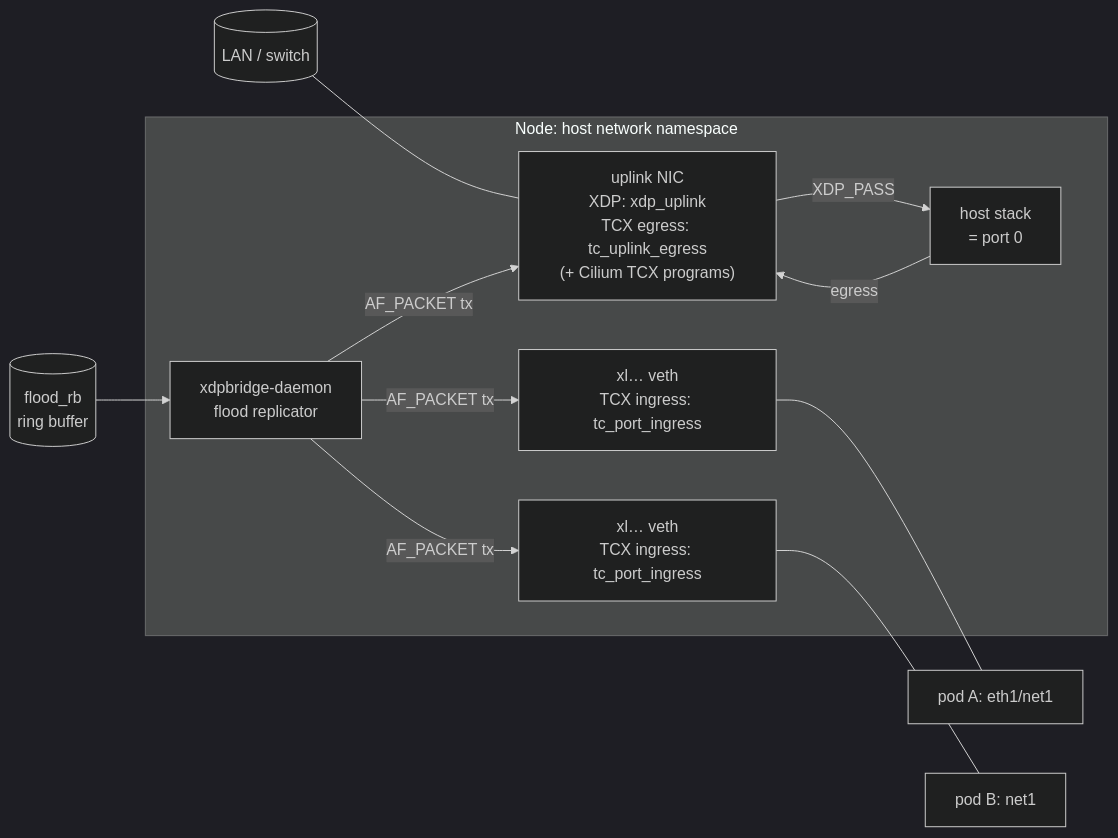
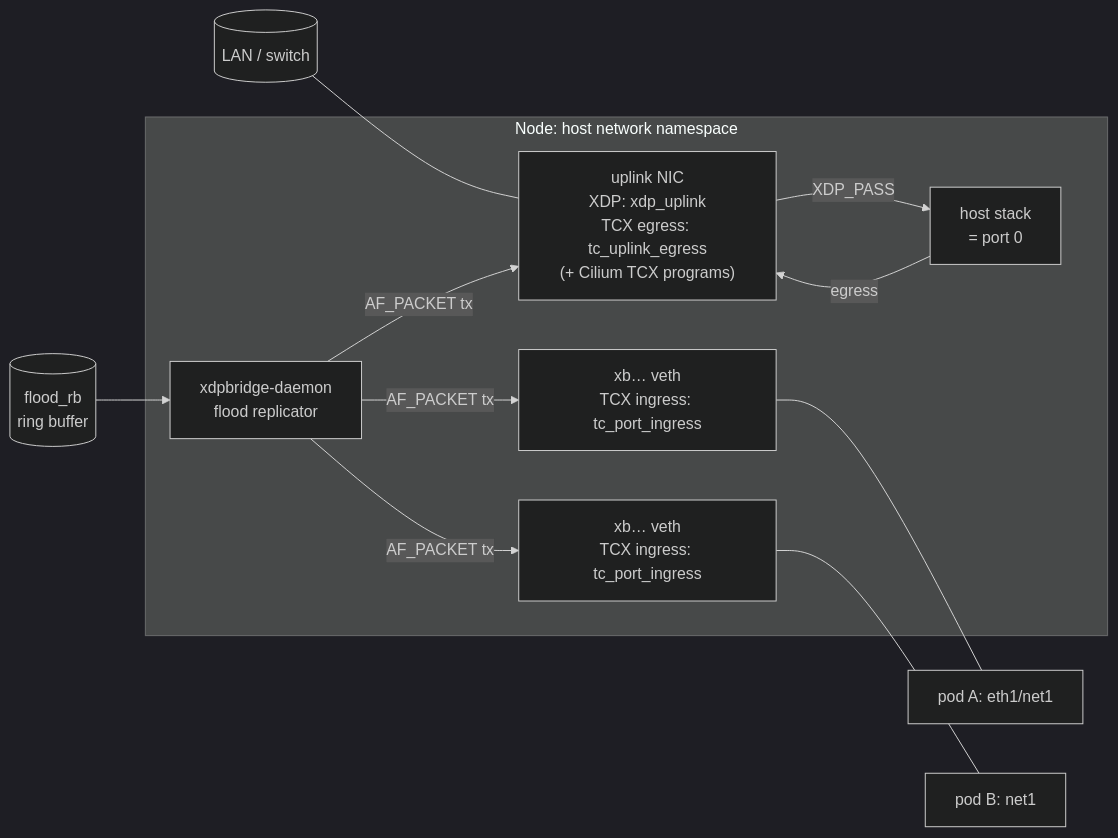
The diagram in docs/design.md (tsuzu/xdpbridge), drawn with Mermaid (dark theme) before and after one commit. The commit also changed other lines of this file and 5 other files, not shown here.

````diff
--- a/docs/design.md
+++ b/docs/design.md
@@ -26,17 +26,17 @@
 ```mermaid
 flowchart LR
   LAN[(LAN / switch)] --- NIC
   subgraph node[Node: host network namespace]
     NIC["uplink NIC<br/>XDP: xdp_uplink<br/>TCX egress: tc_uplink_egress<br/>(+ Cilium TCX programs)"]
     HOST[host stack<br/>= port 0]
     D[xdpbridge-daemon<br/>flood replicator]
-    V1["xl… veth<br/>TCX ingress: tc_port_ingress"]
-    V2["xl… veth<br/>TCX ingress: tc_port_ingress"]
+    V1["xb… veth<br/>TCX ingress: tc_port_ingress"]
+    V2["xb… veth<br/>TCX ingress: tc_port_ingress"]
     NIC -- XDP_PASS --> HOST
     HOST -- egress --> NIC
   end
   V1 --- P1[pod A: eth1/net1]
   V2 --- P2[pod B: net1]
   RB[(flood_rb<br/>ring buffer)] --> D
   D -- AF_PACKET tx --> V1 & V2 & NIC
 ```
````
